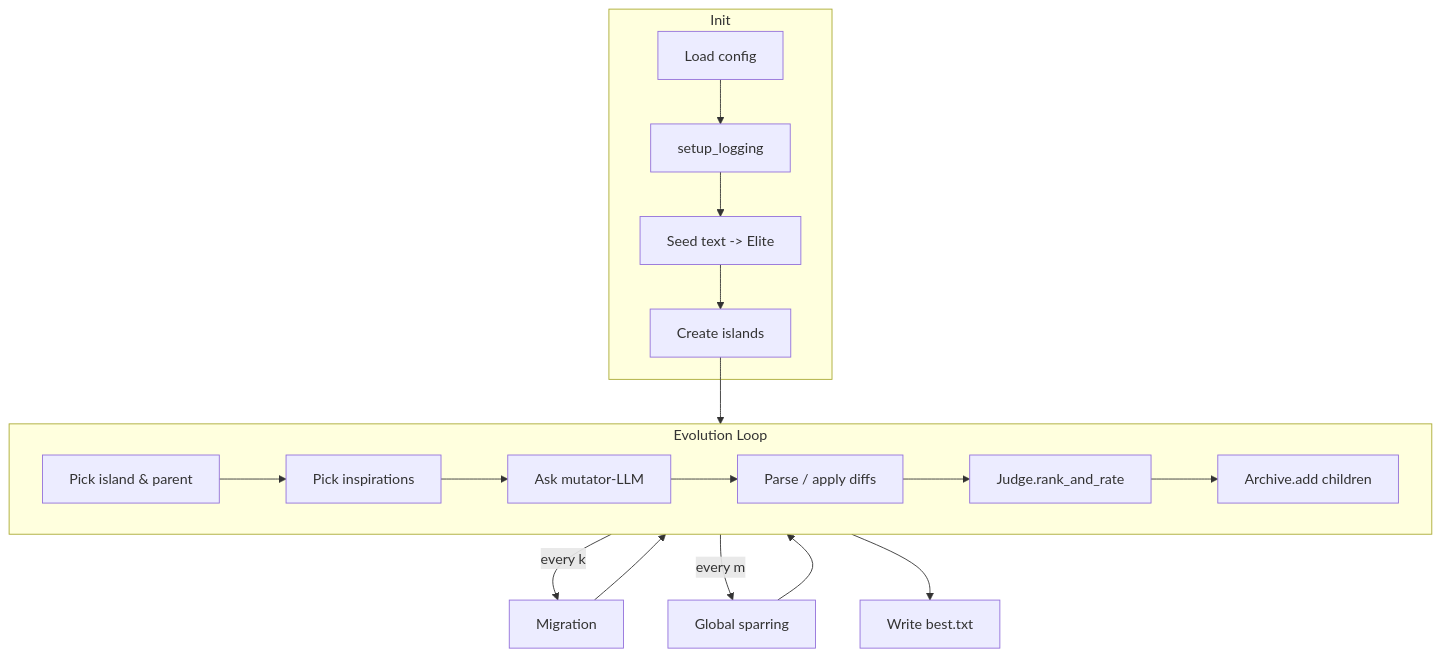
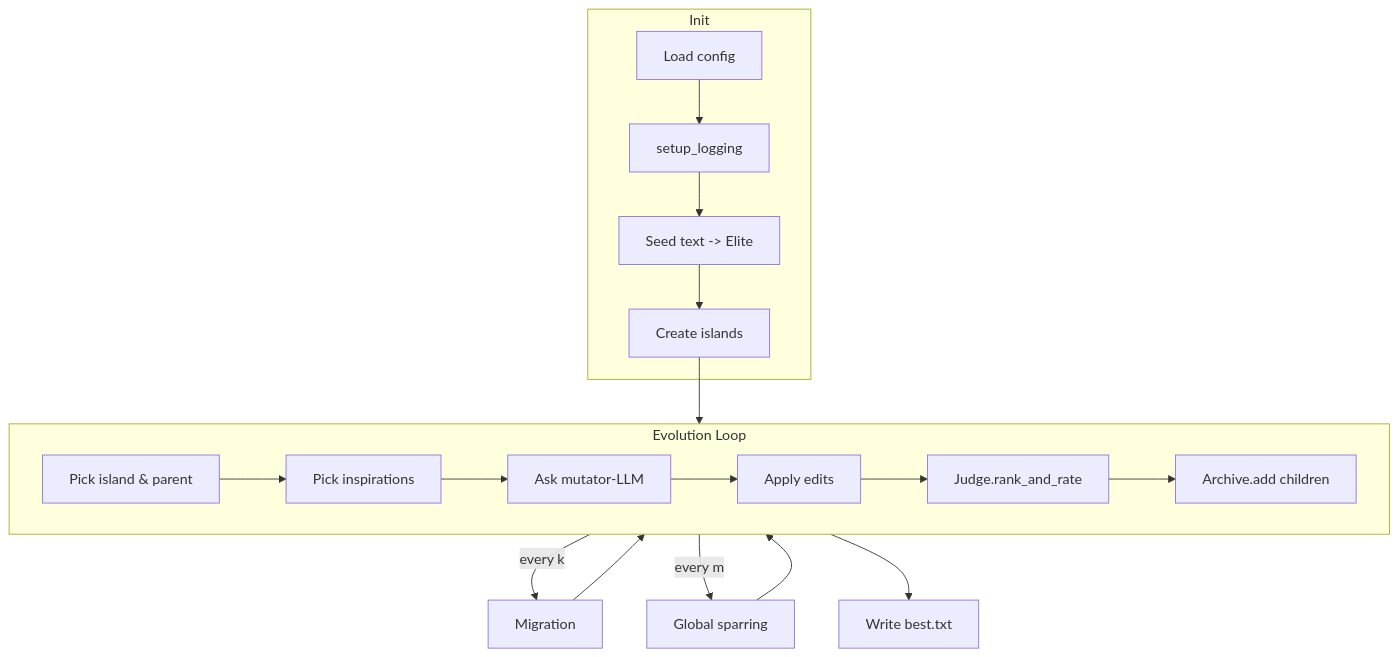
Before and after one commit to caesarnine/fuzzyevolve: the second of 2 diagrams in README.md, drawn with Mermaid. The commit also changed other lines of this file and 15 other files, not shown here.

````diff
--- a/README.md
+++ b/README.md
@@ -178,23 +179,23 @@
 ```mermaid
 graph TD
     subgraph Init
         A1[Load config] --> A2[setup_logging]
         A2 --> A3[Seed text -> Elite]
         A3 --> A4[Create islands]
     end
     subgraph Loop[Evolution Loop]
         B1[Pick island & parent]
         B2[Pick inspirations]
         B3[Ask mutator‑LLM]
-        B4[Parse / apply diffs]
+        B4[Apply edits]
         B5[Judge.rank_and_rate]
         B6[Archive.add children]
         B1 --> B2 --> B3 --> B4 --> B5 --> B6
     end
     A4 --> Loop
     Loop -->|every k| Mig[Migration]
     Loop -->|every m| Spar[Global sparring]
     Mig --> Loop
     Spar --> Loop
     Loop --> End[Write best.txt]
 ```
````
